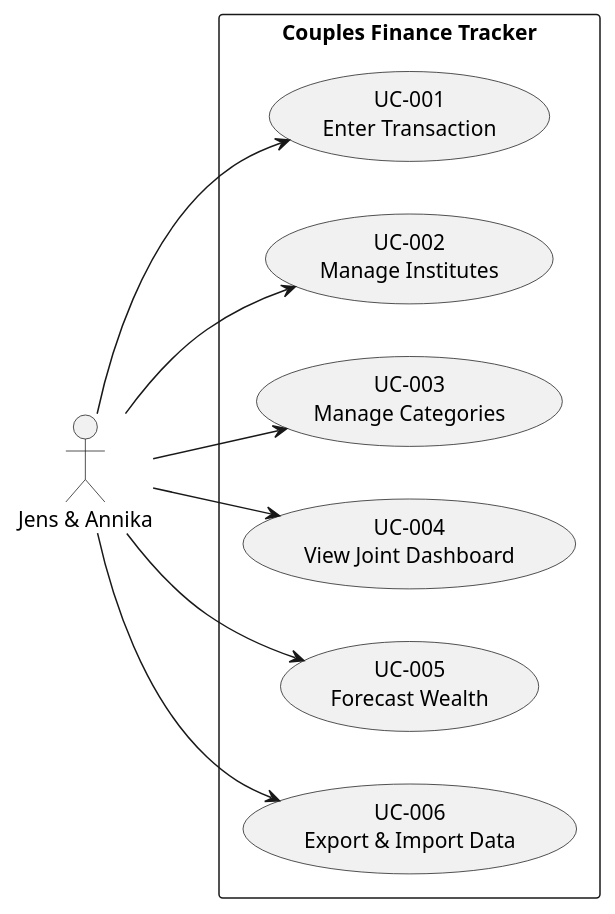
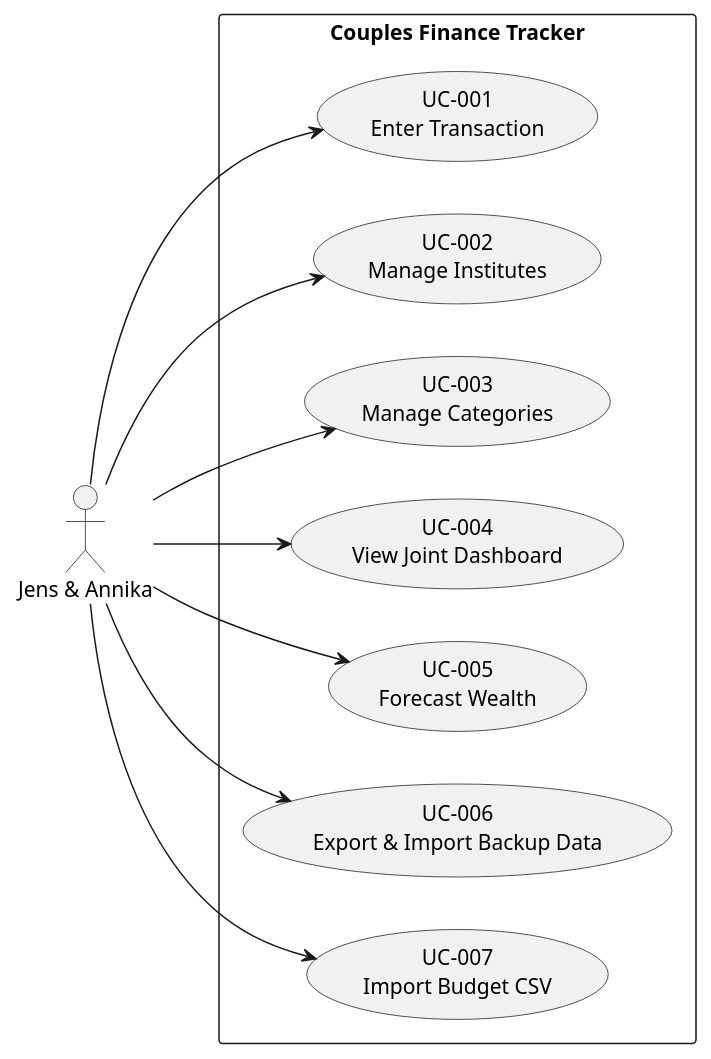
The diagram in docs/use_cases.puml (JensKre/finance-app), drawn with PlantUML before and after one commit. The commit also changed 19 other files, not shown here.

Commit message:
feat: add CSV budget import functionality and update dashboard documentation for precise category labeling

```diff
--- a/docs/use_cases.puml
+++ b/docs/use_cases.puml
@@ -1,22 +1,24 @@
 @startuml Use Cases Overview
 left to right direction
 
 actor "Jens & Annika" as user
 
 rectangle "Couples Finance Tracker" {
     usecase "UC-001\nEnter Transaction" as UC001
     usecase "UC-002\nManage Institutes" as UC002
     usecase "UC-003\nManage Categories" as UC003
     usecase "UC-004\nView Joint Dashboard" as UC004
     usecase "UC-005\nForecast Wealth" as UC005
-    usecase "UC-006\nExport & Import Data" as UC006
+    usecase "UC-006\nExport & Import Backup Data" as UC006
+    usecase "UC-007\nImport Budget CSV" as UC007
 }
 
 user --> UC001
 user --> UC002
 user --> UC003
 user --> UC004
 user --> UC005
 user --> UC006
+user --> UC007
 
 @enduml
```
